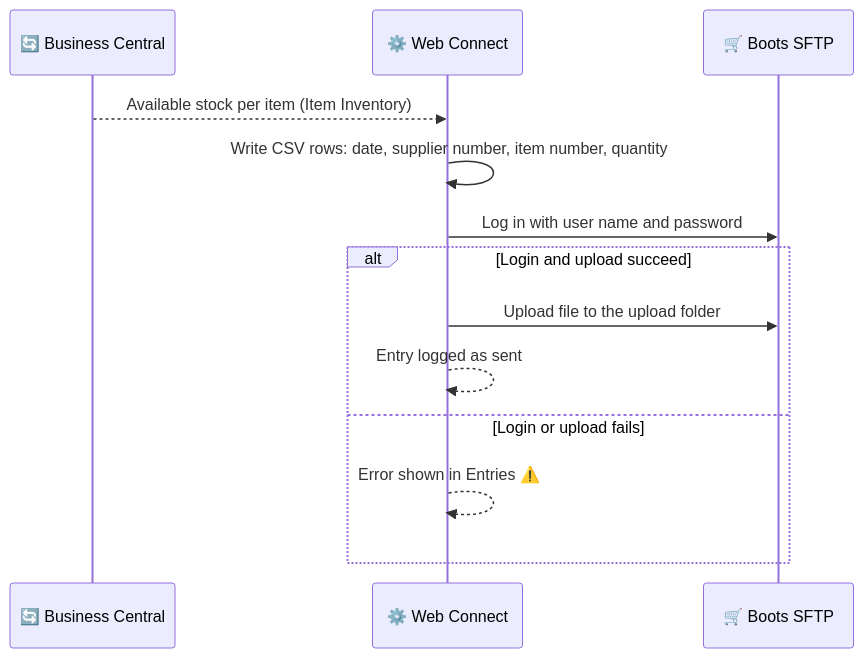
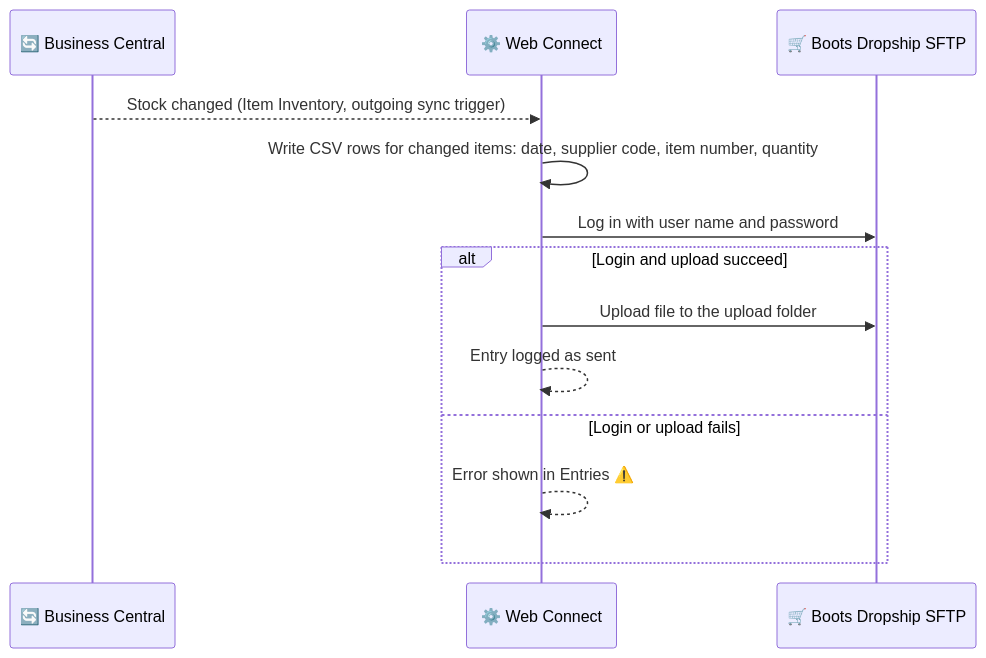
One commit to Combine-IT-ab/docs-general changed the diagram in docs/products/web-connect/integrations/boots/flows/stock-update.md. Above: the diagram before and after it, drawn with Mermaid. The commit also changed other lines of this file and 1 other file, not shown here.

First line of the commit message:
Boots: fill in trigger, platform and order status

````diff
--- a/docs/products/web-connect/integrations/boots/flows/stock-update.md
+++ b/docs/products/web-connect/integrations/boots/flows/stock-update.md
@@ -43,16 +46,16 @@
 ```mermaid
 sequenceDiagram
     participant BC as 🔄 Business Central
     participant WC as ⚙️ Web Connect
-    participant B as 🛒 Boots SFTP
+    participant B as 🛒 Boots Dropship SFTP
 
-    BC-->>WC: Available stock per item (Item Inventory)
-    WC->>WC: Write CSV rows: date, supplier number, item number, quantity
+    BC-->>WC: Stock changed (Item Inventory, outgoing sync trigger)
+    WC->>WC: Write CSV rows for changed items: date, supplier code, item number, quantity
     WC->>B: Log in with user name and password
     alt Login and upload succeed
         WC->>B: Upload file to the upload folder
         WC-->>WC: Entry logged as sent
     else Login or upload fails
         WC-->>WC: Error shown in Entries ⚠️
     end
 ```
````
